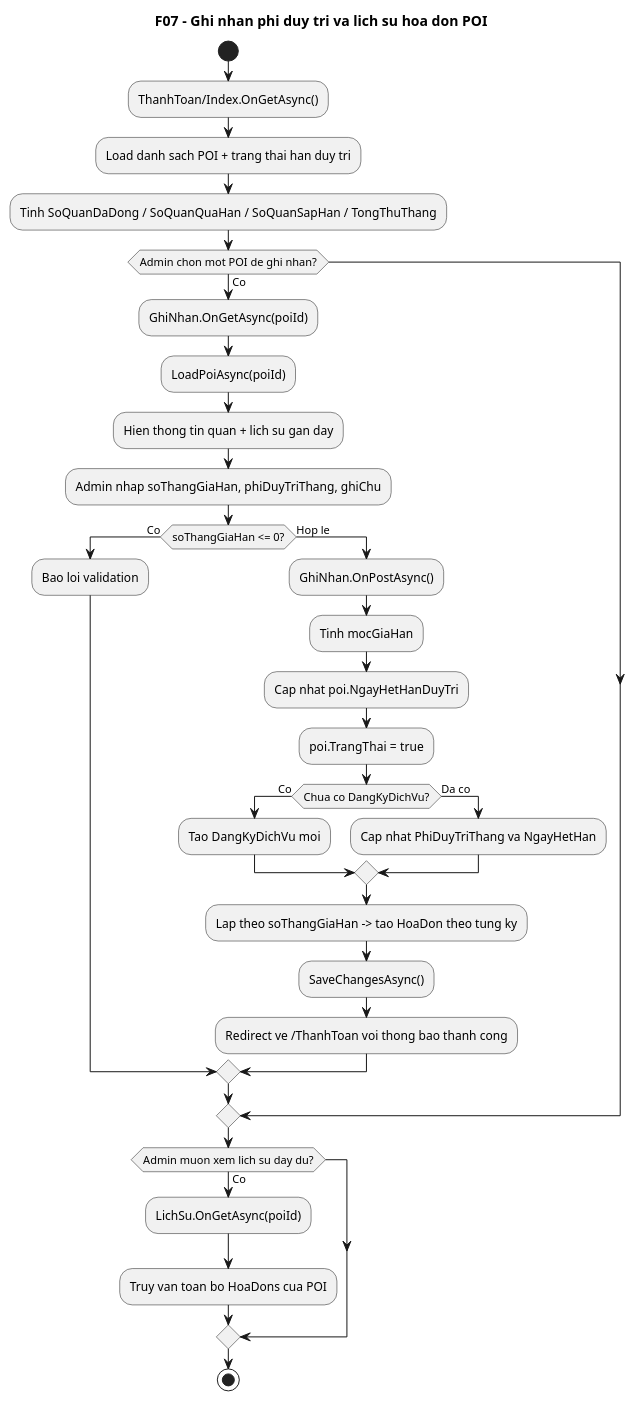
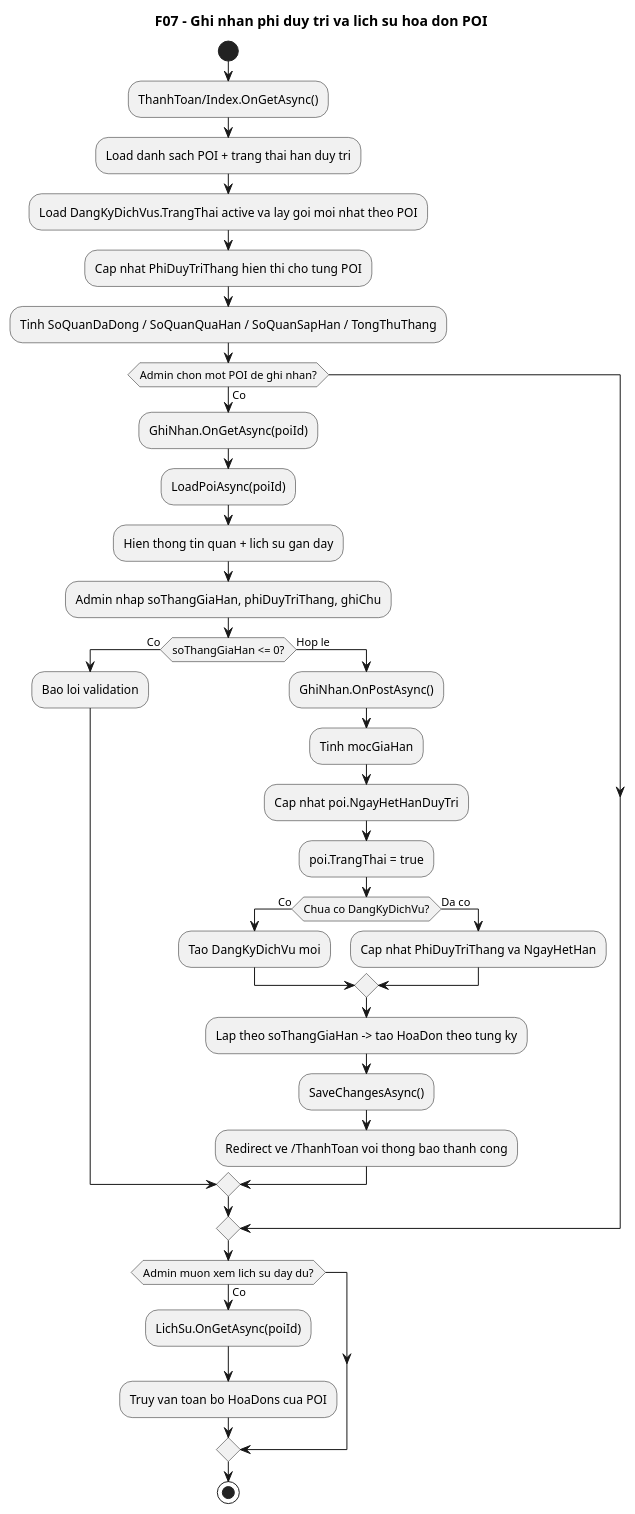
Before and after one commit to VoBao182/PhoAmThuc: the diagram in docs/diagrams/07-maintenance-payment-activity.puml, drawn with PlantUML. The commit also changed 60 other files, not shown here.

```diff
--- a/docs/diagrams/07-maintenance-payment-activity.puml
+++ b/docs/diagrams/07-maintenance-payment-activity.puml
@@ -1,49 +1,51 @@
 @startuml
 ' Diagram: F07 - Ghi nhan phi duy tri va lich su hoa don POI (Activity)
 ' Status: WIP
-' Baseline: branch master, HEAD a5fde70
+' Baseline: branch master, HEAD 0b9ca4b + working tree 2026-04-22
 ' Source:
 ' - VinhKhanhTour.CMS/Pages/ThanhToan/Index.cshtml.cs: OnGetAsync()
 ' - VinhKhanhTour.CMS/Pages/ThanhToan/GhiNhan.cshtml.cs: OnGetAsync(), OnPostAsync(), LoadPoiAsync()
 ' - VinhKhanhTour.CMS/Pages/ThanhToan/LichSu.cshtml.cs: OnGetAsync()
 ' - VinhKhanhTour.API/Models/POI.cs
 ' - VinhKhanhTour.API/Models/DangKyDichVu.cs
 ' - VinhKhanhTour.API/Models/HoaDon.cs
-' Note: Luong CMS hien dang thao tac truc tiep qua PageModel/DbContext; can check lai neu sau nay chuyen sang PaymentController hoac doi quy trinh nghiep vu.
+' Note: Luong chinh van khop code hien tai; cap nhat them viec Index doc DangKyDichVus active de lay PhiDuyTriThang.
 title F07 - Ghi nhan phi duy tri va lich su hoa don POI
 start
 :ThanhToan/Index.OnGetAsync();
 :Load danh sach POI + trang thai han duy tri;
+:Load DangKyDichVus.TrangThai active va lay goi moi nhat theo POI;
+:Cap nhat PhiDuyTriThang hien thi cho tung POI;
 :Tinh SoQuanDaDong / SoQuanQuaHan / SoQuanSapHan / TongThuThang;
 
 if (Admin chon mot POI de ghi nhan?) then (Co)
   :GhiNhan.OnGetAsync(poiId);
   :LoadPoiAsync(poiId);
   :Hien thong tin quan + lich su gan day;
 
   :Admin nhap soThangGiaHan, phiDuyTriThang, ghiChu;
   if (soThangGiaHan <= 0?) then (Co)
     :Bao loi validation;
   else (Hop le)
     :GhiNhan.OnPostAsync();
     :Tinh mocGiaHan;
     :Cap nhat poi.NgayHetHanDuyTri;
     :poi.TrangThai = true;
     if (Chua co DangKyDichVu?) then (Co)
       :Tao DangKyDichVu moi;
     else (Da co)
       :Cap nhat PhiDuyTriThang va NgayHetHan;
     endif
     :Lap theo soThangGiaHan -> tao HoaDon theo tung ky;
     :SaveChangesAsync();
     :Redirect ve /ThanhToan voi thong bao thanh cong;
   endif
 endif
 
 if (Admin muon xem lich su day du?) then (Co)
   :LichSu.OnGetAsync(poiId);
   :Truy van toan bo HoaDons cua POI;
 endif
 
 stop
 @enduml
```
